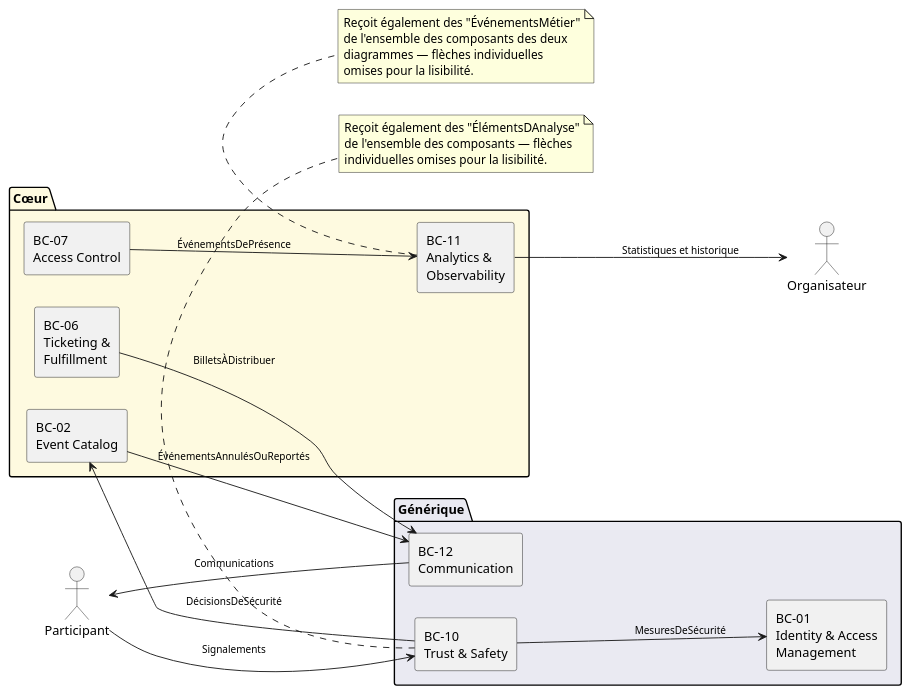
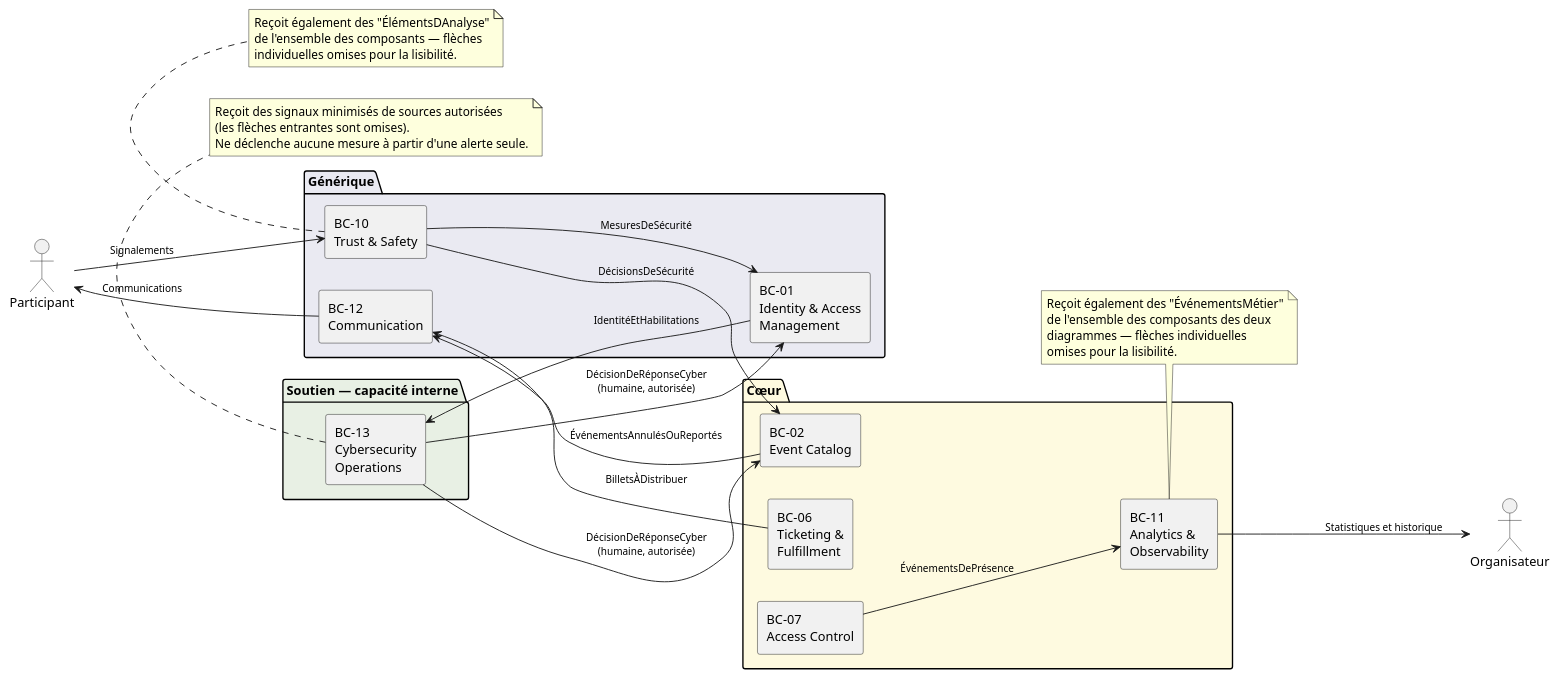
One commit to SamuHabra/eventix-documentation changed the second of 3 diagrams in docs/06-modelisation-uml/diagrammes-de-composants.md. Above: the diagram before and after it, drawn with PlantUML. The commit also changed other lines of this file and 67 other files, not shown here.

````diff
--- a/docs/06-modelisation-uml/diagrammes-de-composants.md
+++ b/docs/06-modelisation-uml/diagrammes-de-composants.md
@@ -144,45 +147,56 @@
 ```plantuml
 @startuml composants-transversaux
 skinparam ArrowFontSize 11
 skinparam componentStyle rectangle
 left to right direction
 
 actor Participant as P
 actor Organisateur as O
 
 package "Cœur" #FEFAE0 {
   [BC-02\nEvent Catalog] as BC02
   [BC-06\nTicketing &\nFulfillment] as BC06
   [BC-07\nAccess Control] as BC07
   [BC-11\nAnalytics &\nObservability] as BC11
 }
 package "Générique" #EAEAF2 {
   [BC-01\nIdentity & Access\nManagement] as BC01
   [BC-10\nTrust & Safety] as BC10
   [BC-12\nCommunication] as BC12
 }
+package "Soutien — capacité interne" #E8F0E4 {
+  [BC-13\nCybersecurity\nOperations] as BC13
+}
 
 P --> BC10 : Signalements
 BC10 --> BC01 : MesuresDeSécurité
 BC10 --> BC02 : DécisionsDeSécurité
 
 BC07 --> BC11 : ÉvénementsDePrésence
 BC11 --> O : Statistiques et historique
 
 BC06 --> BC12 : BilletsÀDistribuer
 BC02 --> BC12 : ÉvénementsAnnulésOuReportés
 BC12 --> P : Communications
+BC01 --> BC13 : IdentitéEtHabilitations
+BC13 --> BC01 : DécisionDeRéponseCyber\n(humaine, autorisée)
+BC13 --> BC02 : DécisionDeRéponseCyber\n(humaine, autorisée)
 
 note bottom of BC11
   Reçoit également des "ÉvénementsMétier"
   de l'ensemble des composants des deux
   diagrammes — flèches individuelles
   omises pour la lisibilité.
+end note
+note bottom of BC13
+  Reçoit des signaux minimisés de sources autorisées
+  (les flèches entrantes sont omises).
+  Ne déclenche aucune mesure à partir d'une alerte seule.
 end note
 note bottom of BC10
   Reçoit également des "ÉlémentsDAnalyse"
   de l'ensemble des composants — flèches
   individuelles omises pour la lisibilité.
 end note
 @enduml
 ```
````
